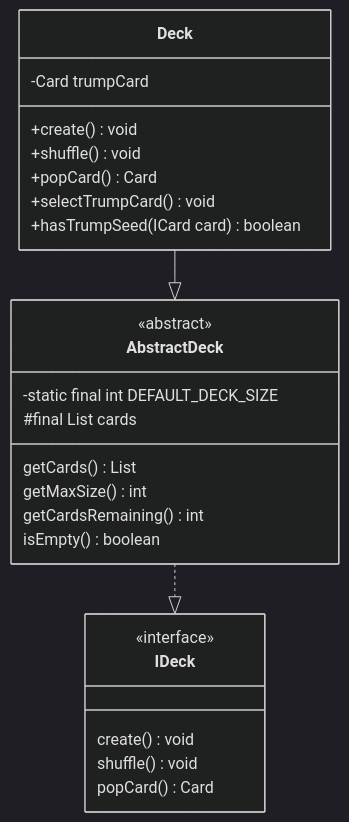
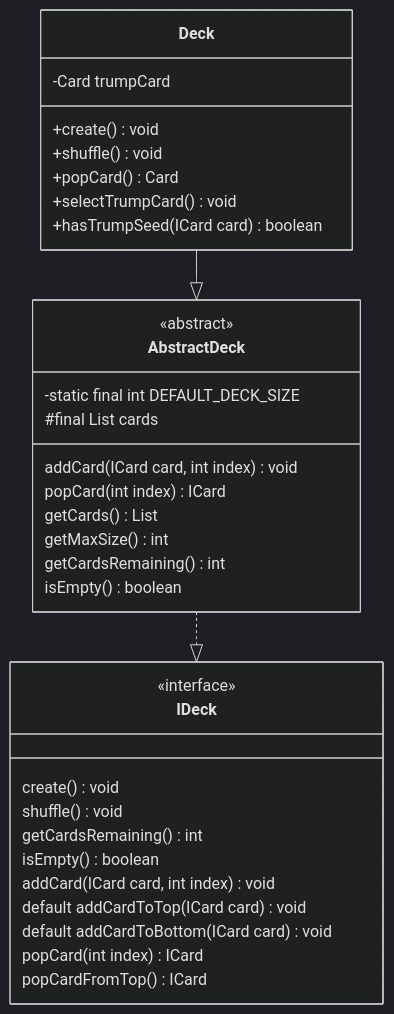
The diagram in uml/Deck.md (MouradMjd/Briscola), drawn with Mermaid (dark theme) before and after one commit. The commit also changed 10 other files, not shown here.

Commit message:
Refactored interfaces and abstract classes (also updated UML files)

````diff
--- a/uml/Deck.md
+++ b/uml/Deck.md
@@ -1,34 +1,41 @@
 ```mermaid
 classDiagram
 class IDeck {
     <<interface>>
 
     create() void
     shuffle() void
-    popCard() Card
+    getCardsRemaining() int
+    isEmpty() boolean
+    addCard(ICard card, int index) void
+    default addCardToTop(ICard card) void
+    default addCardToBottom(ICard card) void
+    popCard(int index) ICard
+    popCardFromTop() ICard
 }
 
 class AbstractDeck {
     <<abstract>>
     -static final int DEFAULT_DECK_SIZE
-
     #final List<Card> cards
 
-    getCards() List<Card>
+    addCard(ICard card, int index) void
+    popCard(int index) ICard
+    getCards() List<ICard>
     getMaxSize() int
     getCardsRemaining() int
     isEmpty() boolean
 }
 AbstractDeck ..|> IDeck
 
 class Deck {
     -Card trumpCard
 
     +create() void
     +shuffle() void
     +popCard() Card
     +selectTrumpCard() void
     +hasTrumpSeed(ICard card) boolean
 }
 Deck --|> AbstractDeck
 ```
````
